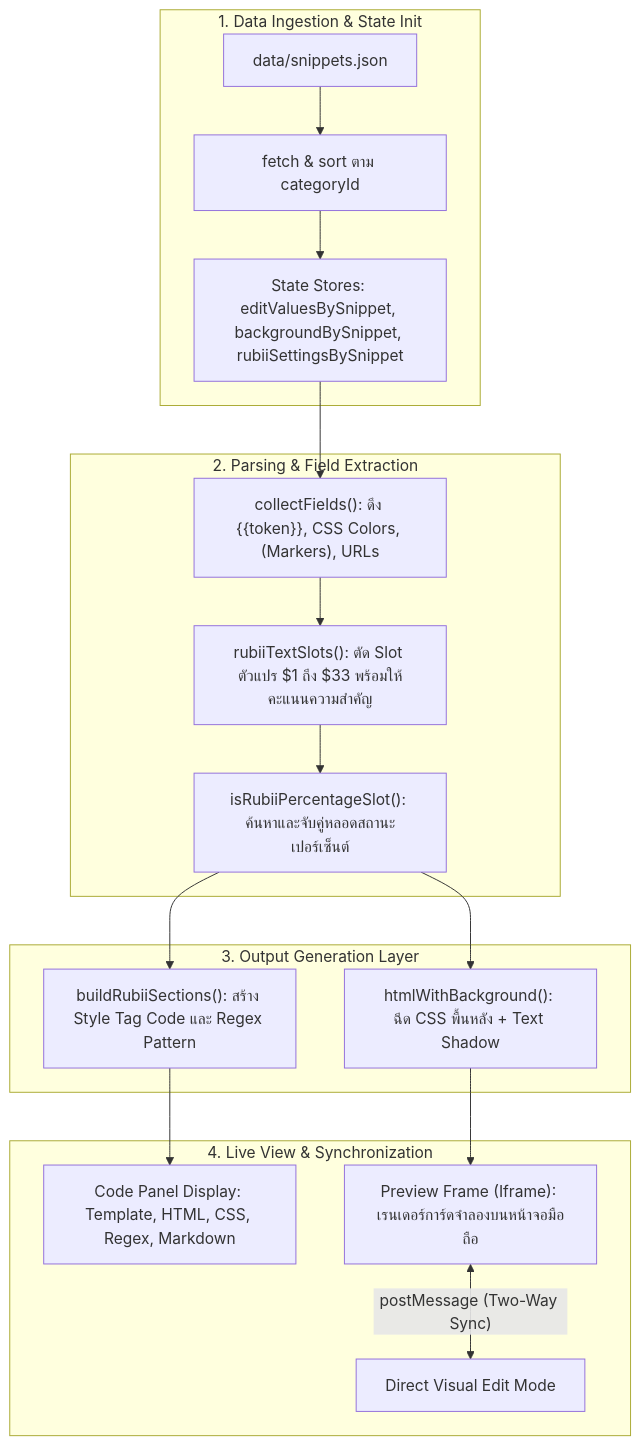
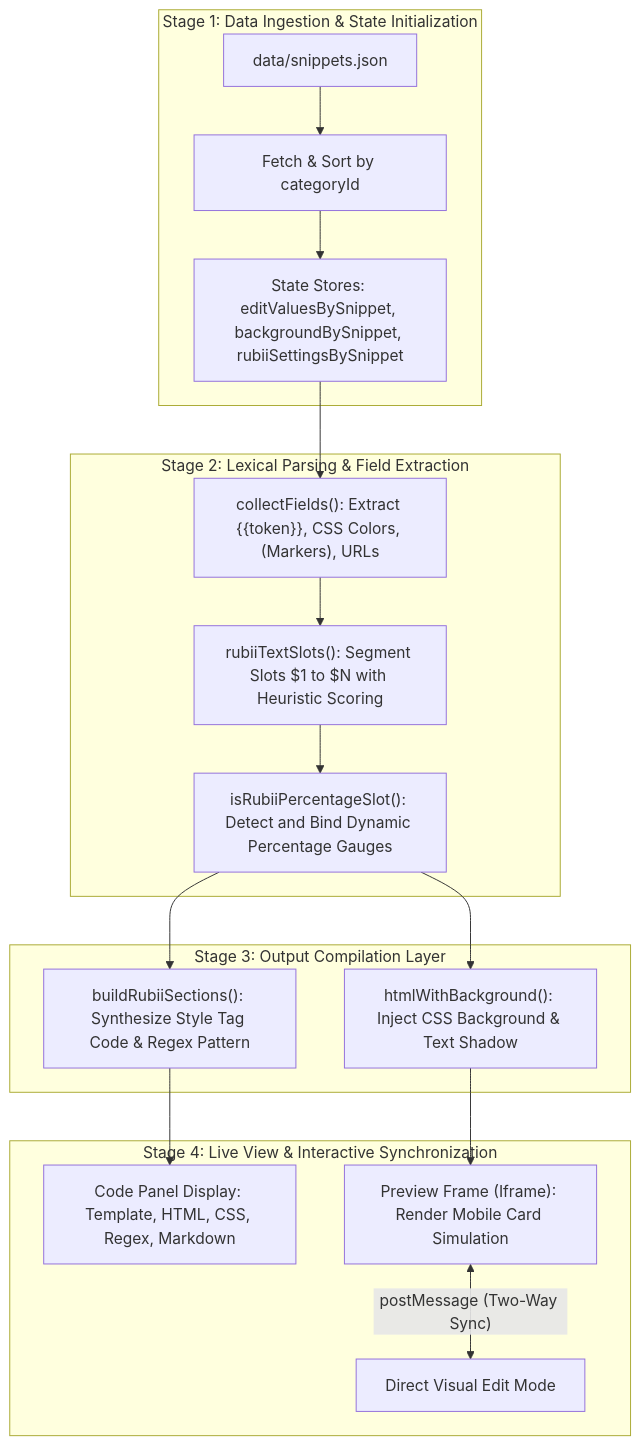
The first of 7 diagrams in RUBII_CODE_STUDY_AND_ARCHITECTURE_RESEARCH.md (jadesolju/Snippet-Studio), drawn with Mermaid before and after one commit. The commit also changed other lines of this file and 2 other files, not shown here.

Commit message:
docs: standardize all Mermaid diagrams to English with Thai workflow blockquotes and zero emojis

````diff
--- a/RUBII_CODE_STUDY_AND_ARCHITECTURE_RESEARCH.md
+++ b/RUBII_CODE_STUDY_AND_ARCHITECTURE_RESEARCH.md
@@ -48,24 +48,24 @@
 ```mermaid
 flowchart TD
-    subgraph Data["1. Data Ingestion & State Init"]
-        D1["data/snippets.json"] --> D2["fetch & sort ตาม categoryId"]
+    subgraph Data["Stage 1: Data Ingestion & State Initialization"]
+        D1["data/snippets.json"] --> D2["Fetch & Sort by categoryId"]
         D2 --> D3["State Stores: editValuesBySnippet, backgroundBySnippet, rubiiSettingsBySnippet"]
     end
 
-    subgraph ParserEngine["2. Parsing & Field Extraction"]
-        D3 --> P1["collectFields(): ดึง {{token}}, CSS Colors, (Markers), URLs"]
-        P1 --> P2["rubiiTextSlots(): ตัด Slot ตัวแปร $1 ถึง $33 พร้อมให้คะแนนความสำคัญ"]
-        P2 --> P3["isRubiiPercentageSlot(): ค้นหาและจับคู่หลอดสถานะเปอร์เซ็นต์"]
+    subgraph ParserEngine["Stage 2: Lexical Parsing & Field Extraction"]
+        D3 --> P1["collectFields(): Extract {{token}}, CSS Colors, (Markers), URLs"]
+        P1 --> P2["rubiiTextSlots(): Segment Slots $1 to $N with Heuristic Scoring"]
+        P2 --> P3["isRubiiPercentageSlot(): Detect and Bind Dynamic Percentage Gauges"]
     end
 
-    subgraph Compiler["3. Output Generation Layer"]
-        P3 --> C1["buildRubiiSections(): สร้าง Style Tag Code และ Regex Pattern"]
-        P3 --> C2["htmlWithBackground(): ฉีด CSS พื้นหลัง + Text Shadow"]
+    subgraph Compiler["Stage 3: Output Compilation Layer"]
+        P3 --> C1["buildRubiiSections(): Synthesize Style Tag Code & Regex Pattern"]
+        P3 --> C2["htmlWithBackground(): Inject CSS Background & Text Shadow"]
     end
 
-    subgraph Render["4. Live View & Synchronization"]
+    subgraph Render["Stage 4: Live View & Interactive Synchronization"]
         C1 --> R1["Code Panel Display: Template, HTML, CSS, Regex, Markdown"]
-        C2 --> R2["Preview Frame (Iframe): เรนเดอร์การ์ดจำลองบนหน้าจอมือถือ"]
+        C2 --> R2["Preview Frame (Iframe): Render Mobile Card Simulation"]
         R2 <-->|"postMessage (Two-Way Sync)"| R3["Direct Visual Edit Mode"]
     end
 ```
````
